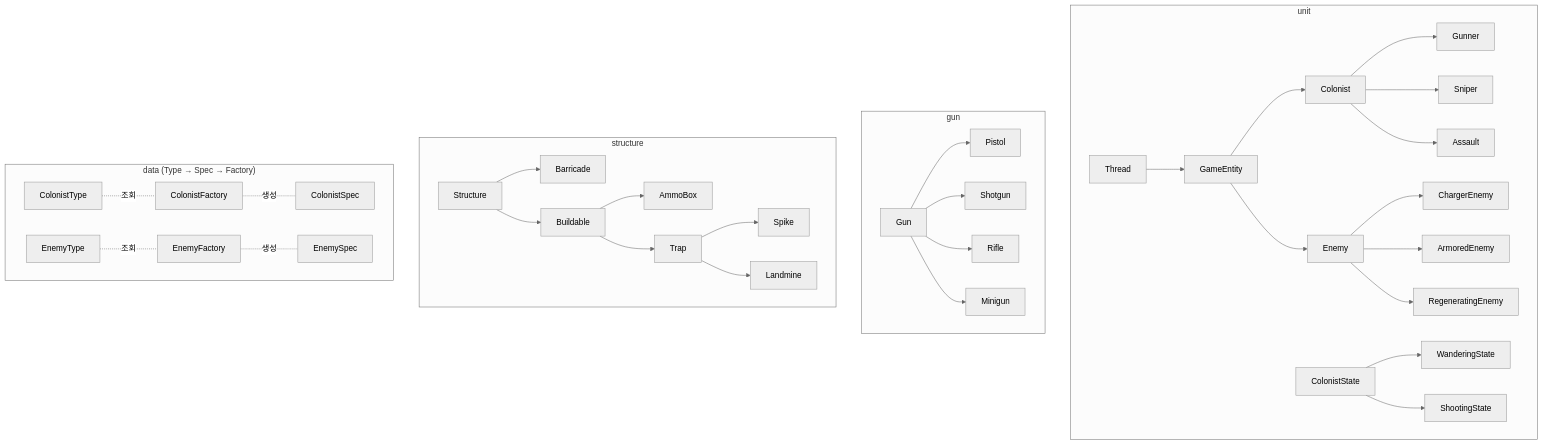
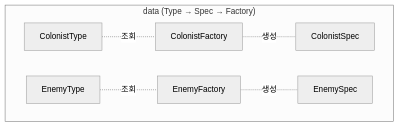
One commit to weweweme/teamnova_basic_class changed the fourth of 18 diagrams in week6/CLAUDE.md. Above: the diagram before and after it, drawn with Mermaid (neutral theme). The commit also changed other lines of this file and 3 other files, not shown here.

````diff
--- a/week6/CLAUDE.md
+++ b/week6/CLAUDE.md
@@ -122,36 +159,9 @@
 ```mermaid
 graph TD
-    subgraph "unit"
-        T[Thread] --> GE[GameEntity]
-        GE --> CO[Colonist]
-        CO --> GU2[Gunner]
-        CO --> SN[Sniper]
-        CO --> AS[Assault]
-        GE --> EN[Enemy]
-        EN --> CE[ChargerEnemy]
-        EN --> AE[ArmoredEnemy]
-        EN --> RE[RegeneratingEnemy]
-        CS[ColonistState] --> WS[WanderingState]
-        CS --> SS[ShootingState]
-    end
-    subgraph "gun"
-        GU[Gun] --> PI[Pistol]
-        GU --> SG[Shotgun]
-        GU --> RI[Rifle]
-        GU --> MG[Minigun]
-    end
-    subgraph "structure"
-        ST[Structure] --> BA[Barricade]
-        ST --> BU[Buildable]
-        BU --> AB[AmmoBox]
-        BU --> TR[Trap]
-        TR --> SP[Spike]
-        TR --> LM[Landmine]
-    end
     subgraph "data (Type → Spec → Factory)"
         CT[ColonistType] -.-|조회| CF[ColonistFactory]
         CF -.-|생성| CSP[ColonistSpec]
         ET[EnemyType] -.-|조회| EF[EnemyFactory]
         EF -.-|생성| ESP[EnemySpec]
     end
 ```
````
